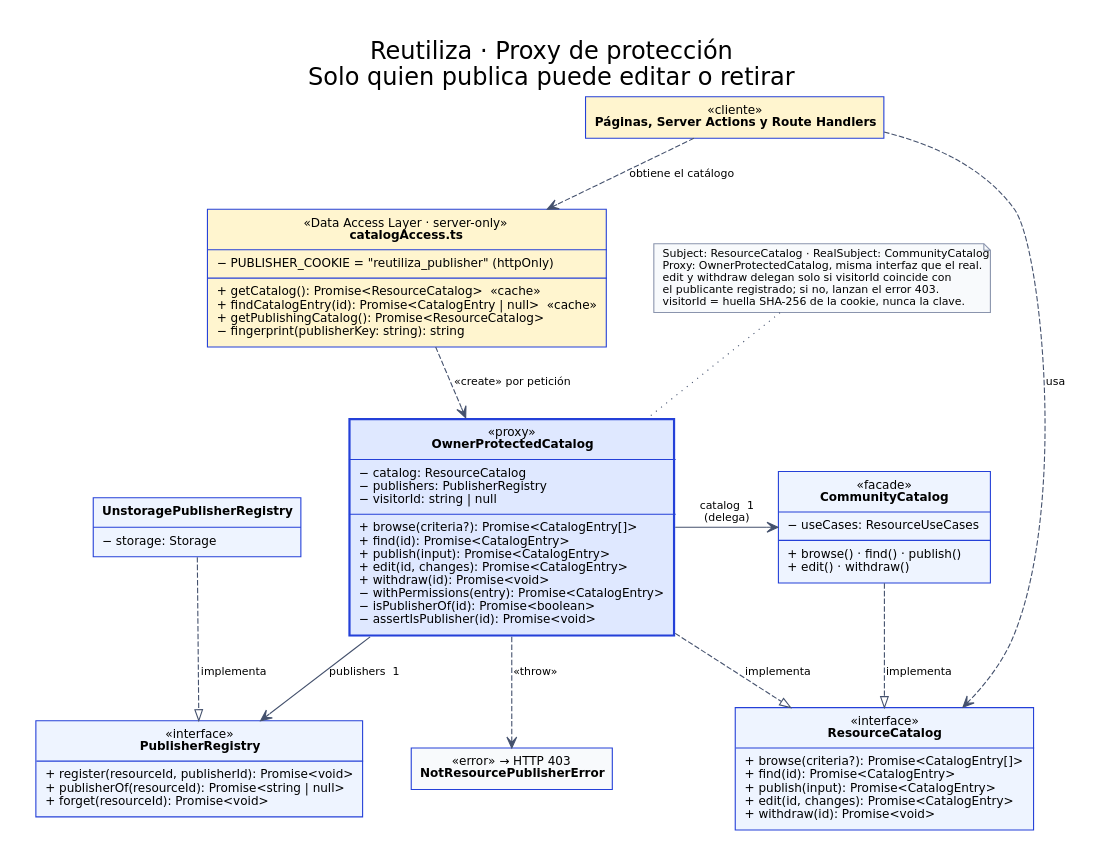
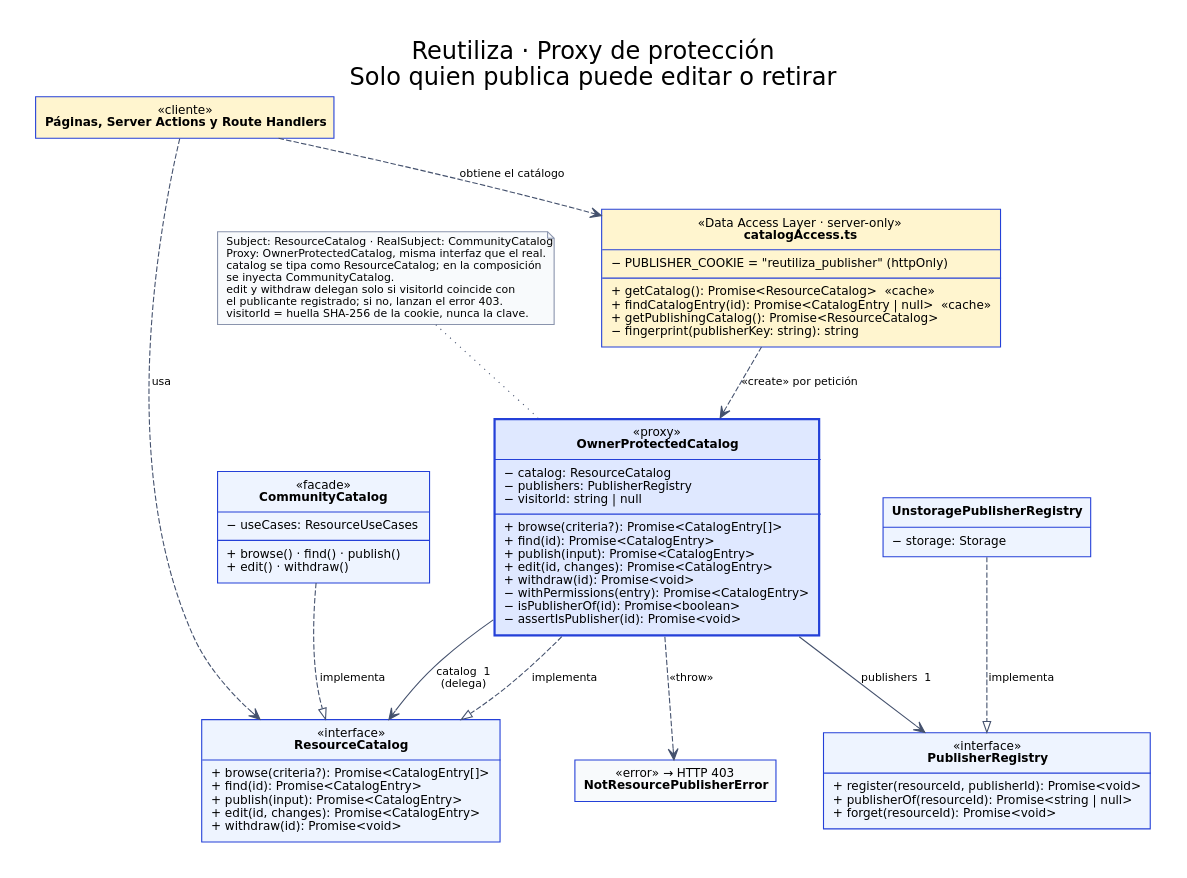
The diagram in docs/uml/proxy.dot (Morenosebas/reto-3), drawn with Graphviz before and after one commit. The commit also changed 13 other files, not shown here.

```diff
--- a/docs/uml/proxy.dot
+++ b/docs/uml/proxy.dot
@@ -1,61 +1,61 @@
 digraph Proxy {
  graph [rankdir=TB, bgcolor="white", pad="0.35", nodesep="0.6", ranksep="0.75", label="Reutiliza · Proxy de protección\nSolo quien publica puede editar o retirar", labelloc=t, fontsize=22, fontname="DejaVu Sans"];
  node [shape=plain, fontname="DejaVu Sans", fontsize=11];
  edge [fontname="DejaVu Sans", fontsize=10, color="#44516d"];
 
  Clients [label=<<TABLE BORDER="1" CELLBORDER="0" CELLSPACING="0" CELLPADDING="7" BGCOLOR="#fff5cf" COLOR="#2440d8">
   <TR><TD>«cliente»<BR/><B>Páginas, Server Actions y Route Handlers</B></TD></TR>
  </TABLE>>];
 
  Access [label=<<TABLE BORDER="1" CELLBORDER="0" CELLSPACING="0" CELLPADDING="7" BGCOLOR="#fff5cf" COLOR="#2440d8">
   <TR><TD>«Data Access Layer · server-only»<BR/><B>catalogAccess.ts</B></TD></TR><HR/>
   <TR><TD ALIGN="LEFT">− PUBLISHER_COOKIE = "reutiliza_publisher" (httpOnly)<BR ALIGN="LEFT"/></TD></TR><HR/>
   <TR><TD ALIGN="LEFT">+ getCatalog(): Promise&lt;ResourceCatalog&gt;  «cache»<BR ALIGN="LEFT"/>+ findCatalogEntry(id): Promise&lt;CatalogEntry | null&gt;  «cache»<BR ALIGN="LEFT"/>+ getPublishingCatalog(): Promise&lt;ResourceCatalog&gt;<BR ALIGN="LEFT"/>− fingerprint(publisherKey: string): string<BR ALIGN="LEFT"/></TD></TR>
  </TABLE>>];
 
  Subject [label=<<TABLE BORDER="1" CELLBORDER="0" CELLSPACING="0" CELLPADDING="7" BGCOLOR="#eef4ff" COLOR="#2440d8">
   <TR><TD>«interface»<BR/><B>ResourceCatalog</B></TD></TR><HR/>
   <TR><TD ALIGN="LEFT">+ browse(criteria?): Promise&lt;CatalogEntry[]&gt;<BR ALIGN="LEFT"/>+ find(id): Promise&lt;CatalogEntry&gt;<BR ALIGN="LEFT"/>+ publish(input): Promise&lt;CatalogEntry&gt;<BR ALIGN="LEFT"/>+ edit(id, changes): Promise&lt;CatalogEntry&gt;<BR ALIGN="LEFT"/>+ withdraw(id): Promise&lt;void&gt;<BR ALIGN="LEFT"/></TD></TR>
  </TABLE>>];
 
  Proxy [label=<<TABLE BORDER="2" CELLBORDER="0" CELLSPACING="0" CELLPADDING="7" BGCOLOR="#dfe8ff" COLOR="#2440d8">
   <TR><TD>«proxy»<BR/><B>OwnerProtectedCatalog</B></TD></TR><HR/>
   <TR><TD ALIGN="LEFT">− catalog: ResourceCatalog<BR ALIGN="LEFT"/>− publishers: PublisherRegistry<BR ALIGN="LEFT"/>− visitorId: string | null<BR ALIGN="LEFT"/></TD></TR><HR/>
   <TR><TD ALIGN="LEFT">+ browse(criteria?): Promise&lt;CatalogEntry[]&gt;<BR ALIGN="LEFT"/>+ find(id): Promise&lt;CatalogEntry&gt;<BR ALIGN="LEFT"/>+ publish(input): Promise&lt;CatalogEntry&gt;<BR ALIGN="LEFT"/>+ edit(id, changes): Promise&lt;CatalogEntry&gt;<BR ALIGN="LEFT"/>+ withdraw(id): Promise&lt;void&gt;<BR ALIGN="LEFT"/>− withPermissions(entry): Promise&lt;CatalogEntry&gt;<BR ALIGN="LEFT"/>− isPublisherOf(id): Promise&lt;boolean&gt;<BR ALIGN="LEFT"/>− assertIsPublisher(id): Promise&lt;void&gt;<BR ALIGN="LEFT"/></TD></TR>
  </TABLE>>];
 
  Real [label=<<TABLE BORDER="1" CELLBORDER="0" CELLSPACING="0" CELLPADDING="7" BGCOLOR="#eef4ff" COLOR="#2440d8">
   <TR><TD>«facade»<BR/><B>CommunityCatalog</B></TD></TR><HR/>
   <TR><TD ALIGN="LEFT">− useCases: ResourceUseCases<BR ALIGN="LEFT"/></TD></TR><HR/>
   <TR><TD ALIGN="LEFT">+ browse() · find() · publish()<BR ALIGN="LEFT"/>+ edit() · withdraw()<BR ALIGN="LEFT"/></TD></TR>
  </TABLE>>];
 
  Registry [label=<<TABLE BORDER="1" CELLBORDER="0" CELLSPACING="0" CELLPADDING="7" BGCOLOR="#eef4ff" COLOR="#2440d8">
   <TR><TD>«interface»<BR/><B>PublisherRegistry</B></TD></TR><HR/>
   <TR><TD ALIGN="LEFT">+ register(resourceId, publisherId): Promise&lt;void&gt;<BR ALIGN="LEFT"/>+ publisherOf(resourceId): Promise&lt;string | null&gt;<BR ALIGN="LEFT"/>+ forget(resourceId): Promise&lt;void&gt;<BR ALIGN="LEFT"/></TD></TR>
  </TABLE>>];
 
  StoredRegistry [label=<<TABLE BORDER="1" CELLBORDER="0" CELLSPACING="0" CELLPADDING="7" BGCOLOR="#eef4ff" COLOR="#2440d8">
   <TR><TD><B>UnstoragePublisherRegistry</B></TD></TR><HR/>
   <TR><TD ALIGN="LEFT">− storage: Storage<BR ALIGN="LEFT"/></TD></TR>
  </TABLE>>];
 
  Error [label=<<TABLE BORDER="1" CELLBORDER="0" CELLSPACING="0" CELLPADDING="7" BGCOLOR="#f8fafc" COLOR="#2440d8">
   <TR><TD>«error» → HTTP 403<BR/><B>NotResourcePublisherError</B></TD></TR>
  </TABLE>>];
 
- Note [shape=note, style=filled, fillcolor="#f8fafc", color="#8a94ad", fontname="DejaVu Sans", fontsize=10, label="Subject: ResourceCatalog · RealSubject: CommunityCatalog\lProxy: OwnerProtectedCatalog, misma interfaz que el real.\ledit y withdraw delegan solo si visitorId coincide con\lel publicante registrado; si no, lanzan el error 403.\lvisitorId = huella SHA-256 de la cookie, nunca la clave.\l"];
+ Note [shape=note, style=filled, fillcolor="#f8fafc", color="#8a94ad", fontname="DejaVu Sans", fontsize=10, label="Subject: ResourceCatalog · RealSubject: CommunityCatalog\lProxy: OwnerProtectedCatalog, misma interfaz que el real.\lcatalog se tipa como ResourceCatalog; en la composición\lse inyecta CommunityCatalog.\ledit y withdraw delegan solo si visitorId coincide con\lel publicante registrado; si no, lanzan el error 403.\lvisitorId = huella SHA-256 de la cookie, nunca la clave.\l"];
 
  Clients -> Access [style=dashed, arrowhead=vee, label=" obtiene el catálogo"];
  Clients -> Subject [style=dashed, arrowhead=vee, label=" usa"];
  Access -> Proxy [style=dashed, arrowhead=vee, label=" «create» por petición"];
  Proxy -> Subject [style=dashed, arrowhead=empty, label=" implementa"];
  Real -> Subject [style=dashed, arrowhead=empty, label=" implementa"];
- Proxy -> Real [arrowhead=vee, label=" catalog  1\n (delega)"];
+ Proxy -> Subject [arrowhead=vee, label=" catalog  1\n (delega)"];
  Proxy -> Registry [arrowhead=vee, label=" publishers  1"];
  StoredRegistry -> Registry [style=dashed, arrowhead=empty, label=" implementa"];
  Proxy -> Error [style=dashed, arrowhead=vee, label=" «throw»"];
  Note -> Proxy [style=dotted, arrowhead=none];
  {rank=same; Proxy; Real}
  {rank=same; Registry; Error}
 }
```
